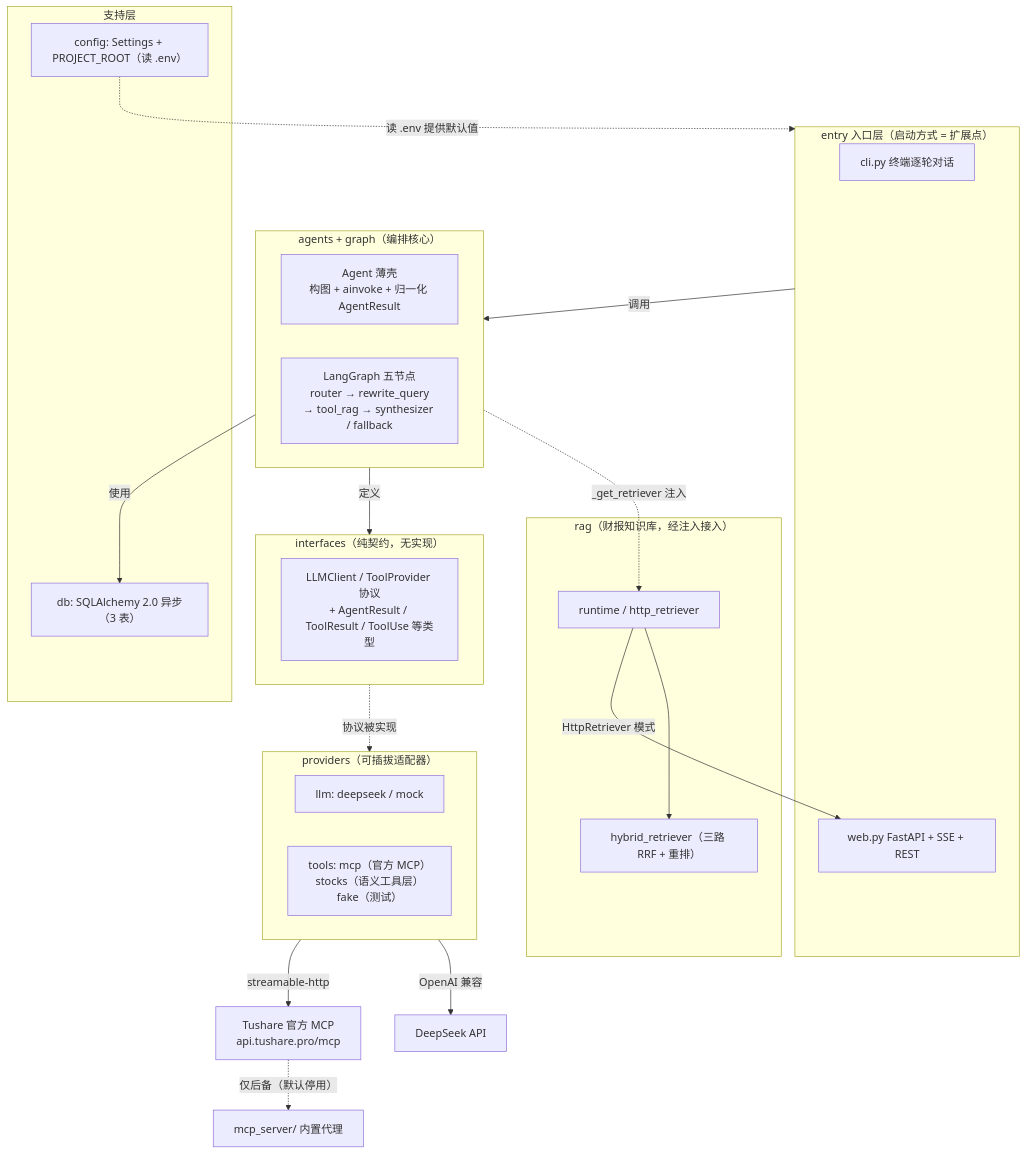
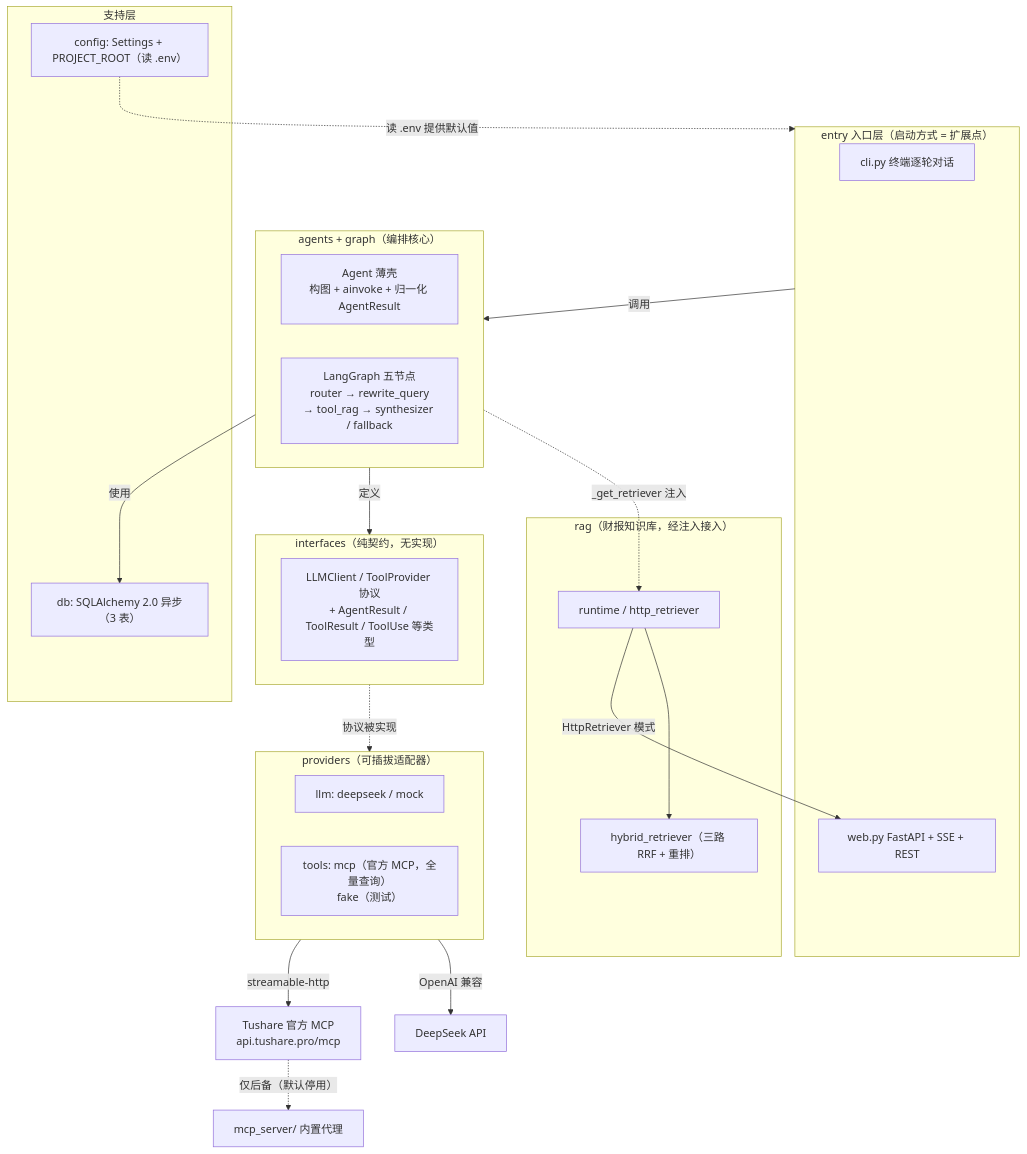
Before and after one commit to qiye-star/TushareAgent: the first of 5 diagrams in docs/ARCHITECTURE.md, drawn with Mermaid. The commit also changed other lines of this file and 13 other files, not shown here.

First line of the commit message:
feat(mcp): 解除比亚迪/宁德时代限制，放开 MCP 全量查询

````diff
--- a/docs/ARCHITECTURE.md
+++ b/docs/ARCHITECTURE.md
@@ -25,38 +25,38 @@
 ```mermaid
 flowchart TB
     subgraph L1["entry 入口层（启动方式 = 扩展点）"]
         CLI["cli.py 终端逐轮对话"]
         WEB["web.py FastAPI + SSE + REST"]
     end
     subgraph L2["agents + graph（编排核心）"]
         AG["Agent 薄壳<br/>构图 + ainvoke + 归一化 AgentResult"]
         G["LangGraph 五节点<br/>router → rewrite_query<br/>→ tool_rag → synthesizer / fallback"]
     end
     subgraph L3["interfaces（纯契约，无实现）"]
         IF["LLMClient / ToolProvider 协议<br/>+ AgentResult / ToolResult / ToolUse 等类型"]
     end
     subgraph L4["providers（可插拔适配器）"]
         LLM["llm: deepseek / mock"]
-        TOOL["tools: mcp（官方 MCP）<br/>stocks（语义工具层）<br/>fake（测试）"]
+        TOOL["tools: mcp（官方 MCP，全量查询）<br/>fake（测试）"]
     end
     subgraph L5["rag（财报知识库，经注入接入）"]
         RT["runtime / http_retriever"]
         HR["hybrid_retriever（三路 RRF + 重排）"]
     end
     subgraph L6["支持层"]
         DB["db: SQLAlchemy 2.0 异步（3 表）"]
         CFG["config: Settings + PROJECT_ROOT（读 .env）"]
     end
 
     L1 -->|调用| L2
     L2 -->|定义| L3
     L3 -.->|协议被实现| L4
     L2 -->|使用| DB
     L2 -.->|_get_retriever 注入| RT
     RT -->|HttpRetriever 模式| WEB
     RT --> HR
     L4 -->|streamable-http| MCP["Tushare 官方 MCP<br/>api.tushare.pro/mcp"]
     MCP -.->|仅后备（默认停用）| BAK["mcp_server/ 内置代理"]
     L4 -->|OpenAI 兼容| DS["DeepSeek API"]
     CFG -.->|读 .env 提供默认值| L1
 ```
````
